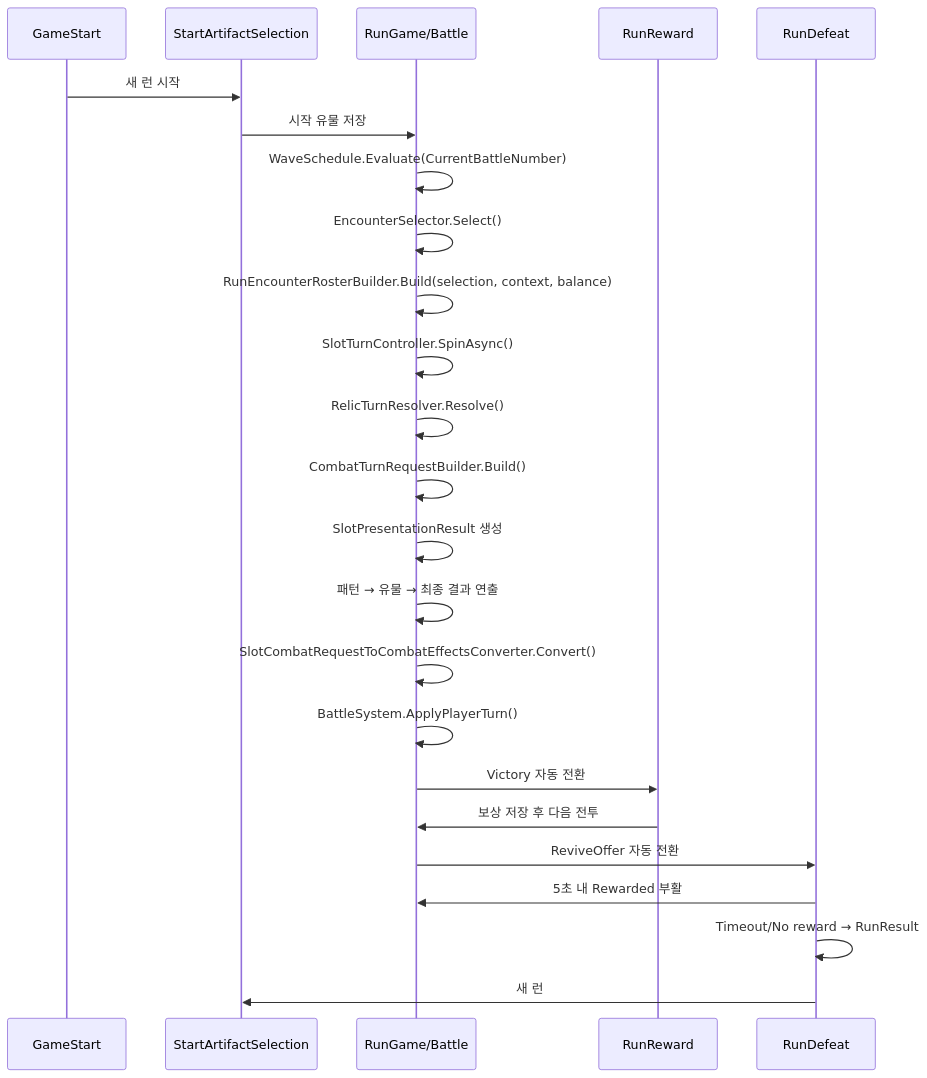
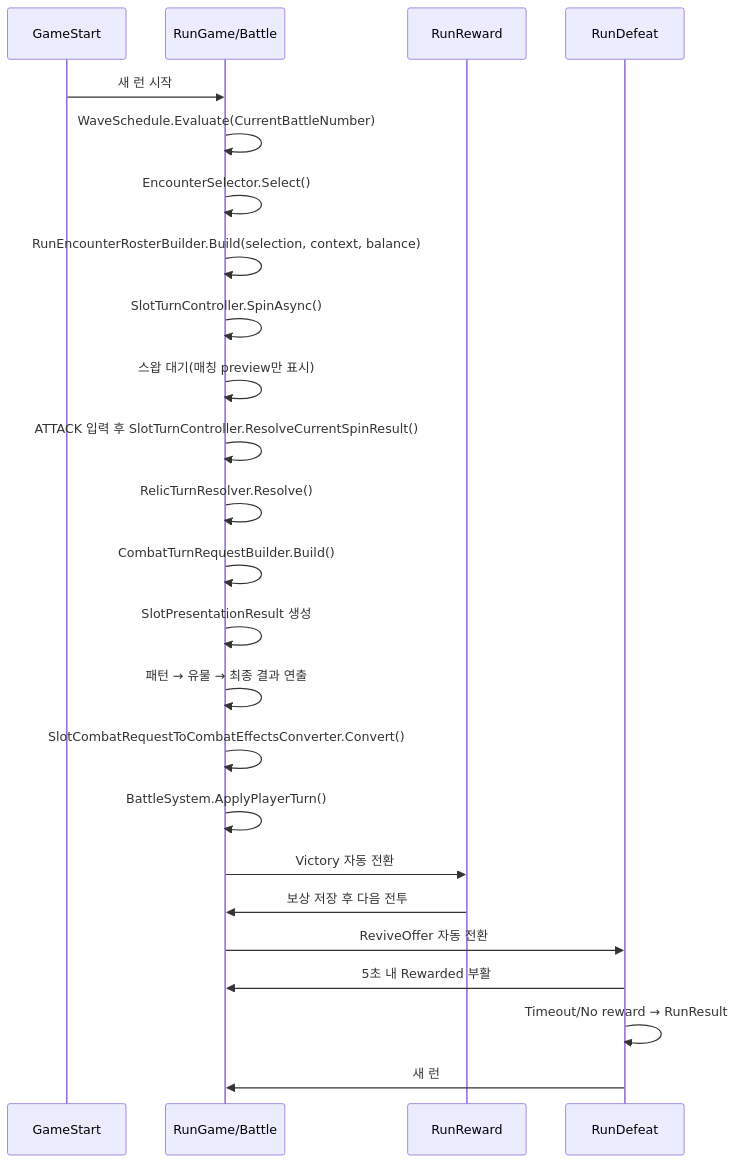
One commit to YooKyubin/SlotRogue changed the diagram in docs/design-docs/game-flow.md. Above: the diagram before and after it, drawn with Mermaid. The commit also changed other lines of this file and 393 other files, not shown here.

First line of the commit message:
feat: integrate release test run flow

````diff
--- a/docs/design-docs/game-flow.md
+++ b/docs/design-docs/game-flow.md
@@ -43,26 +42,26 @@
 ```mermaid
 sequenceDiagram
     participant Start as GameStart
-    participant Artifact as StartArtifactSelection
     participant Battle as RunGame/Battle
     participant Reward as RunReward
     participant Defeat as RunDefeat
-    Start->>Artifact: 새 런 시작
-    Artifact->>Battle: 시작 유물 저장
+    Start->>Battle: 새 런 시작
     Battle->>Battle: WaveSchedule.Evaluate(CurrentBattleNumber)
     Battle->>Battle: EncounterSelector.Select()
     Battle->>Battle: RunEncounterRosterBuilder.Build(selection, context, balance)
     Battle->>Battle: SlotTurnController.SpinAsync()
+    Battle->>Battle: 스왑 대기(매칭 preview만 표시)
+    Battle->>Battle: ATTACK 입력 후 SlotTurnController.ResolveCurrentSpinResult()
     Battle->>Battle: RelicTurnResolver.Resolve()
     Battle->>Battle: CombatTurnRequestBuilder.Build()
     Battle->>Battle: SlotPresentationResult 생성
     Battle->>Battle: 패턴 → 유물 → 최종 결과 연출
     Battle->>Battle: SlotCombatRequestToCombatEffectsConverter.Convert()
     Battle->>Battle: BattleSystem.ApplyPlayerTurn()
     Battle->>Reward: Victory 자동 전환
     Reward->>Battle: 보상 저장 후 다음 전투
     Battle->>Defeat: ReviveOffer 자동 전환
     Defeat->>Battle: 5초 내 Rewarded 부활
     Defeat->>Defeat: Timeout/No reward → RunResult
-    Defeat->>Artifact: 새 런
+    Defeat->>Battle: 새 런
 ```
````
